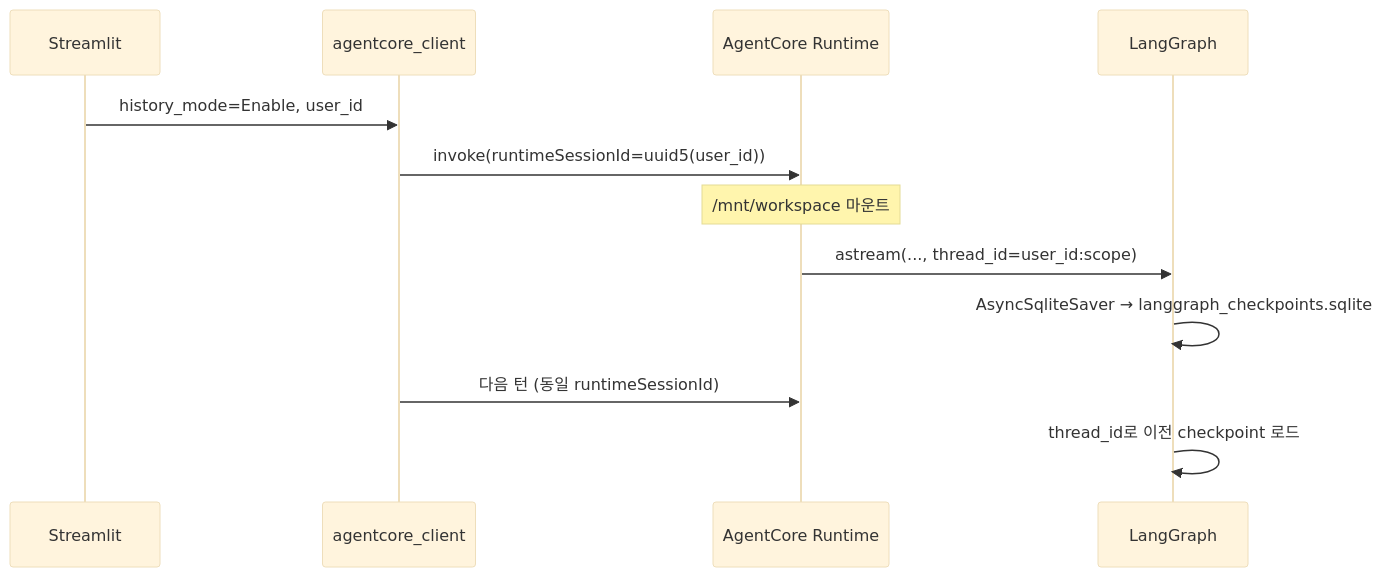
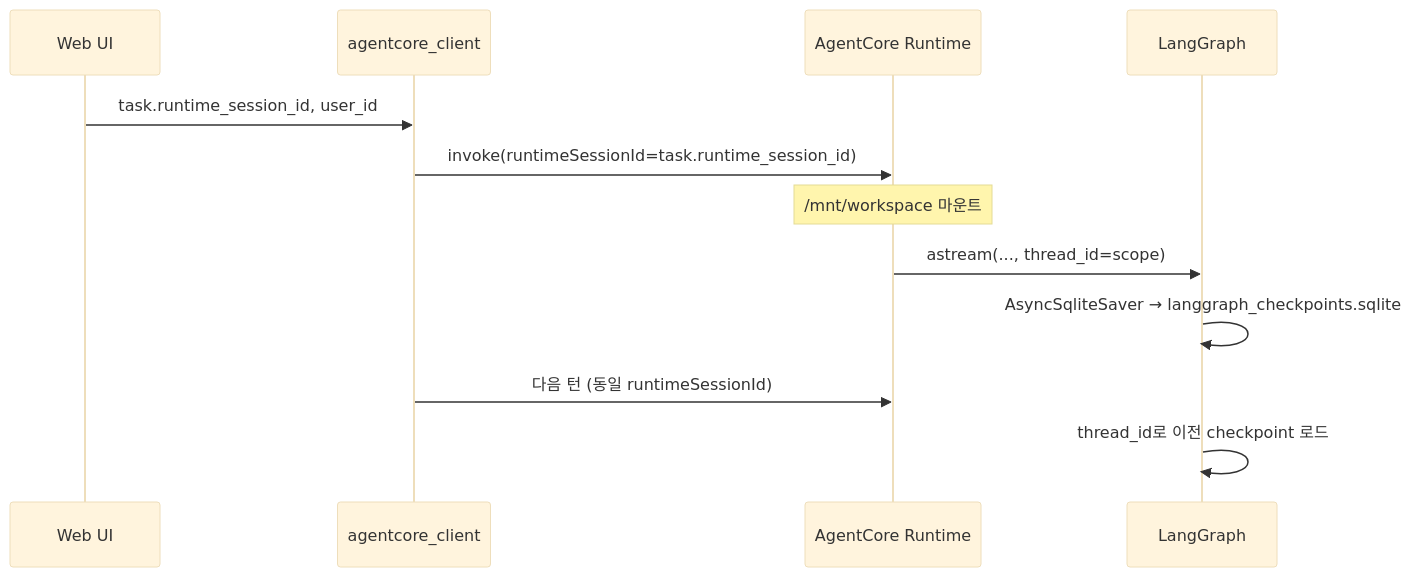
Before and after one commit to kyopark2014/agentic-work: the second of 3 diagrams in README.md, drawn with Mermaid (base theme). The commit also changed other lines of this file and 4 other files, not shown here.

````diff
--- a/README.md
+++ b/README.md
@@ -852,15 +847,15 @@
 ```mermaid
 sequenceDiagram
-    participant UI as Streamlit
+    participant UI as Web UI
     participant Client as agentcore_client
     participant AC as AgentCore Runtime
     participant LG as LangGraph
 
-    UI->>Client: history_mode=Enable, user_id
-    Client->>AC: invoke(runtimeSessionId=uuid5(user_id))
+    UI->>Client: task.runtime_session_id, user_id
+    Client->>AC: invoke(runtimeSessionId=task.runtime_session_id)
     Note over AC: /mnt/workspace 마운트
-    AC->>LG: astream(..., thread_id=user_id:scope)
+    AC->>LG: astream(..., thread_id=scope)
     LG->>LG: AsyncSqliteSaver → langgraph_checkpoints.sqlite
     Client->>AC: 다음 턴 (동일 runtimeSessionId)
     LG->>LG: thread_id로 이전 checkpoint 로드
 ```
````
